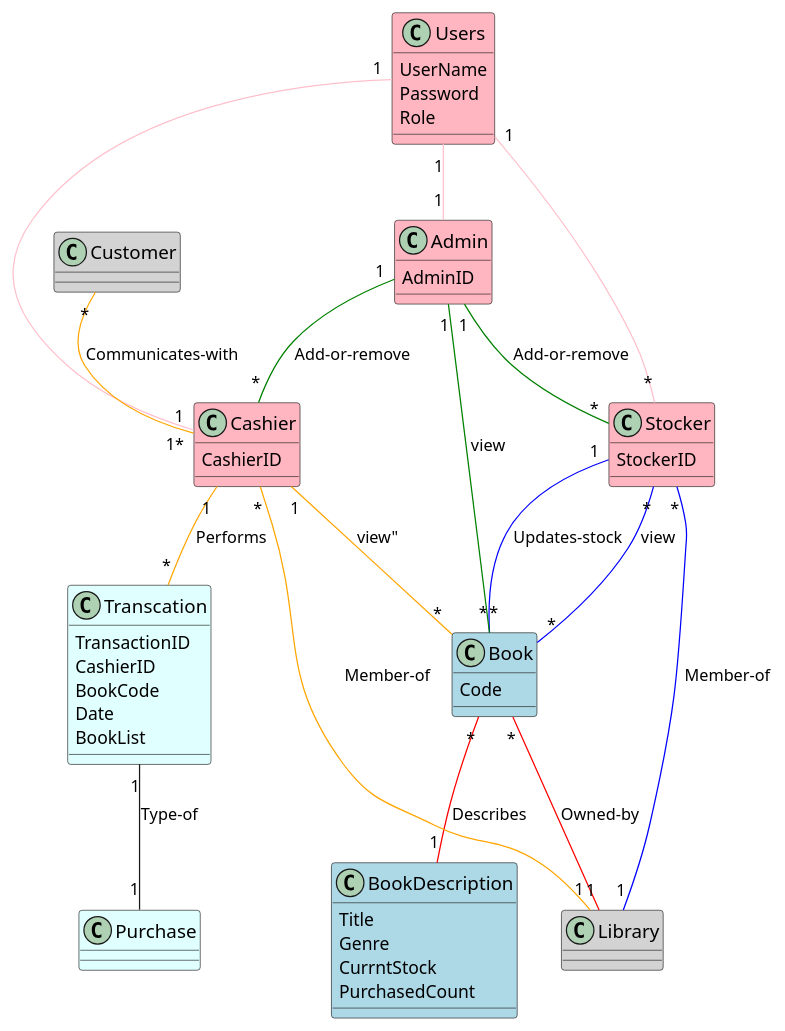
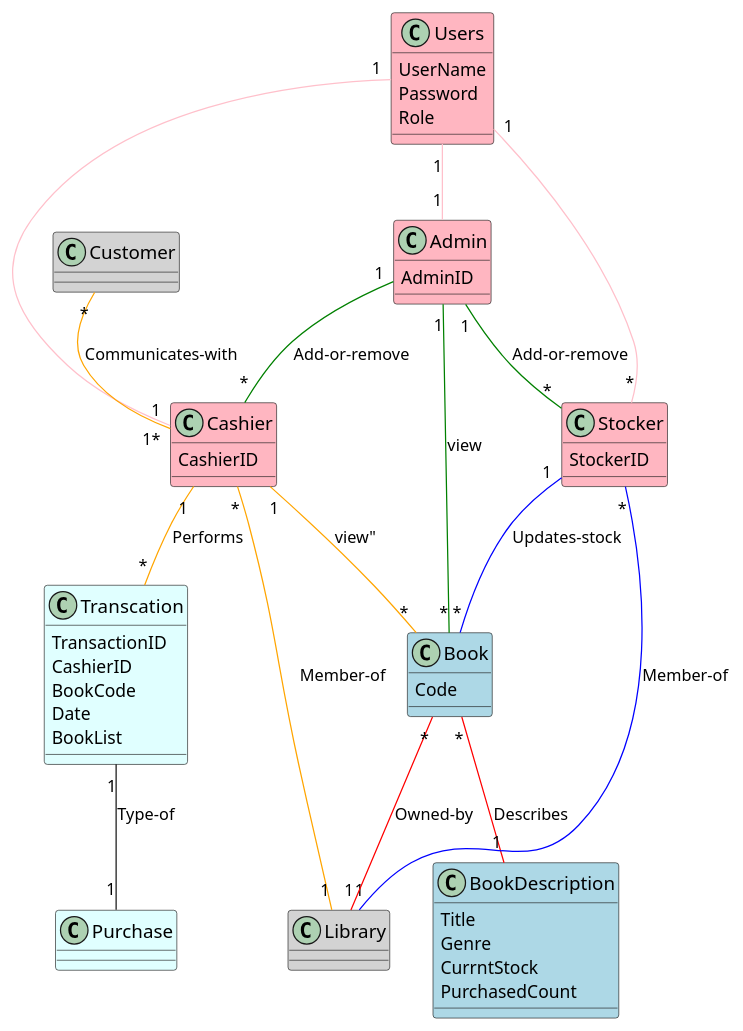
One commit to HabibaMekay/Bookstore-Management-System changed the diagram in class_diagrams/class_diagram.puml. Above: the diagram before and after it, drawn with PlantUML.

Commit message:
small edits#2

```diff
--- a/class_diagrams/class_diagram.puml
+++ b/class_diagrams/class_diagram.puml
@@ -1,83 +1,82 @@
 @startuml
 
 class Library #LightGray{
 
 }
 
 class Users #LightPink{
 UserName
 Password
 Role
 
 
 }
 
 class Cashier #LightPink{
 CashierID
 
 }
 
 class Stocker #LightPink{
 StockerID
 }
 
 class Admin #LightPink{
 AdminID
 }
 
 class Book #LightBlue  {
 Code
 }
 
 class BookDescription #LightBlue   {
 Title
 Genre
 CurrntStock
 PurchasedCount
 }
 
 class Transcation #LightCyan{
 TransactionID
 CashierID
 BookCode
 Date
 BookList
 }
 
 class Purchase #LightCyan{
 }
 
 class Customer #LightGray{
 
 }
 
 
 
 Users "1" -- "1" Cashier #pink
 Users "1" -- "*" Stocker #pink
 Users "1" -- "1" Admin  #pink
 
 Stocker "1" -- "*" Book #blue:"Updates-stock"
 Admin "1" -- "*" Cashier #green : "Add-or-remove"
 Admin "1" -- "*" Stocker #green: "Add-or-remove"
 Cashier "1" -- "*" Transcation #orange: "Performs"
-Stocker "*" -- "*" Book #blue :"view"
 Admin "1" -- "*" Book #green: "view"
 Cashier"1" -- "*" Book #orange: "view""
 Book "*" -- "1" BookDescription #red: "Describes"
 Cashier"*" -- "1" Library #orange: "Member-of"
 Stocker"*" -- "1" Library #blue : "Member-of"
 Customer"*" -- "1*" Cashier #orange: "Communicates-with "
 Book"*" -- "1" Library#red: "Owned-by"
 Transcation"1" -- "1" Purchase : "Type-of"
 
 
 skinparam class {
 FontName Times New Roman
 FontSize 15
  }
 
 
 
 
 @enduml
```
